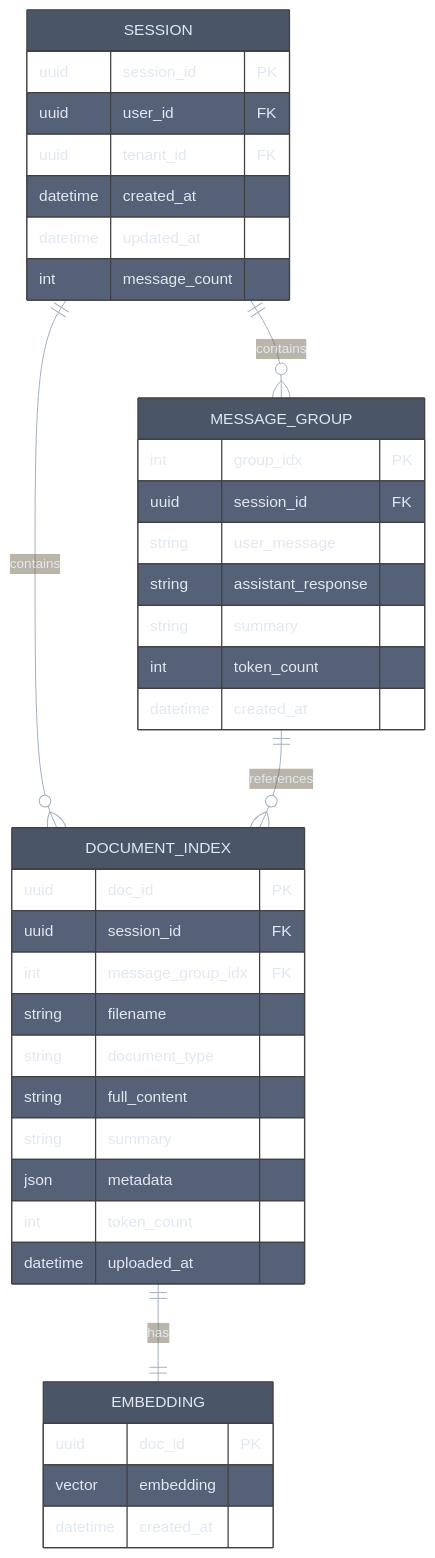
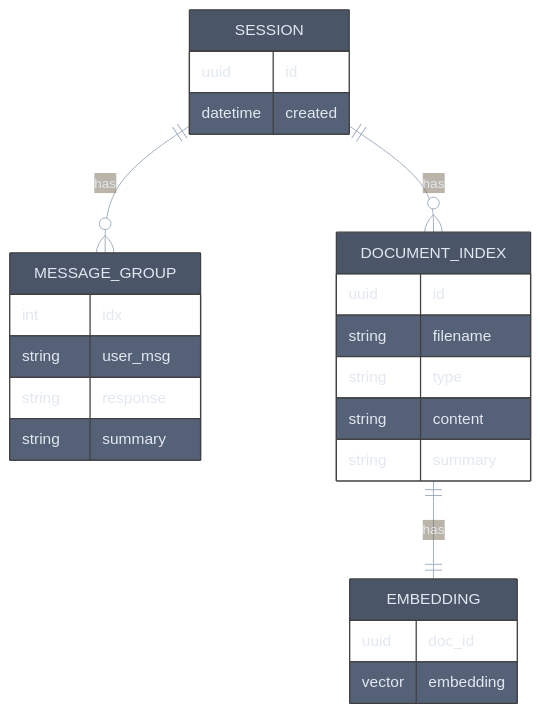
One commit to manumishra-zm/execution_plan changed the eighth of 17 diagrams in chat_context/chat_context.md. Above: the diagram before and after it, drawn with Mermaid. The commit also changed other lines of this file, not shown here.

````diff
--- a/chat_context/chat_context.md
+++ b/chat_context/chat_context.md
@@ -373,46 +230,11 @@
 ```mermaid
 %%{init: {'theme': 'base', 'themeVariables': { 'primaryColor': '#4a5568', 'primaryTextColor': '#e2e8f0', 'lineColor': '#a0aec0'}}}%%
 erDiagram
-    SESSION ||--o{ MESSAGE_GROUP : contains
-    SESSION ||--o{ DOCUMENT_INDEX : contains
-    MESSAGE_GROUP ||--o{ DOCUMENT_INDEX : references
+    SESSION ||--o{ MESSAGE_GROUP : has
+    SESSION ||--o{ DOCUMENT_INDEX : has
     DOCUMENT_INDEX ||--|| EMBEDDING : has
-
-    SESSION {
-        uuid session_id PK
-        uuid user_id FK
-        uuid tenant_id FK
-        datetime created_at
-        datetime updated_at
-        int message_count
-    }
-
-    MESSAGE_GROUP {
-        int group_idx PK
-        uuid session_id FK
-        string user_message
-        string assistant_response
-        string summary
-        int token_count
-        datetime created_at
-    }
-
-    DOCUMENT_INDEX {
-        uuid doc_id PK
-        uuid session_id FK
-        int message_group_idx FK
-        string filename
-        string document_type
-        string full_content
-        string summary
-        json metadata
-        int token_count
-        datetime uploaded_at
-    }
-
-    EMBEDDING {
-        uuid doc_id PK
-        vector embedding
-        datetime created_at
-    }
+    SESSION { uuid id datetime created }
+    MESSAGE_GROUP { int idx string user_msg string response string summary }
+    DOCUMENT_INDEX { uuid id string filename string type string content string summary }
+    EMBEDDING { uuid doc_id vector embedding }
 ```
````
